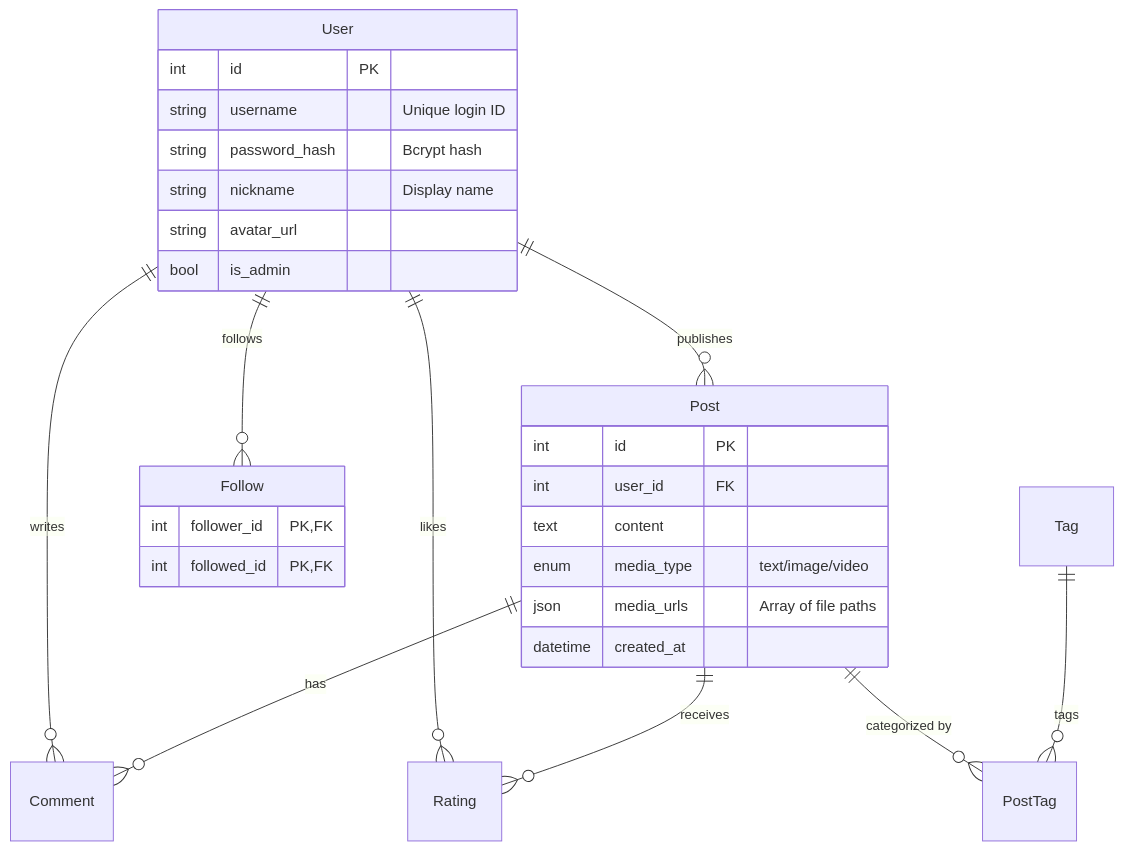
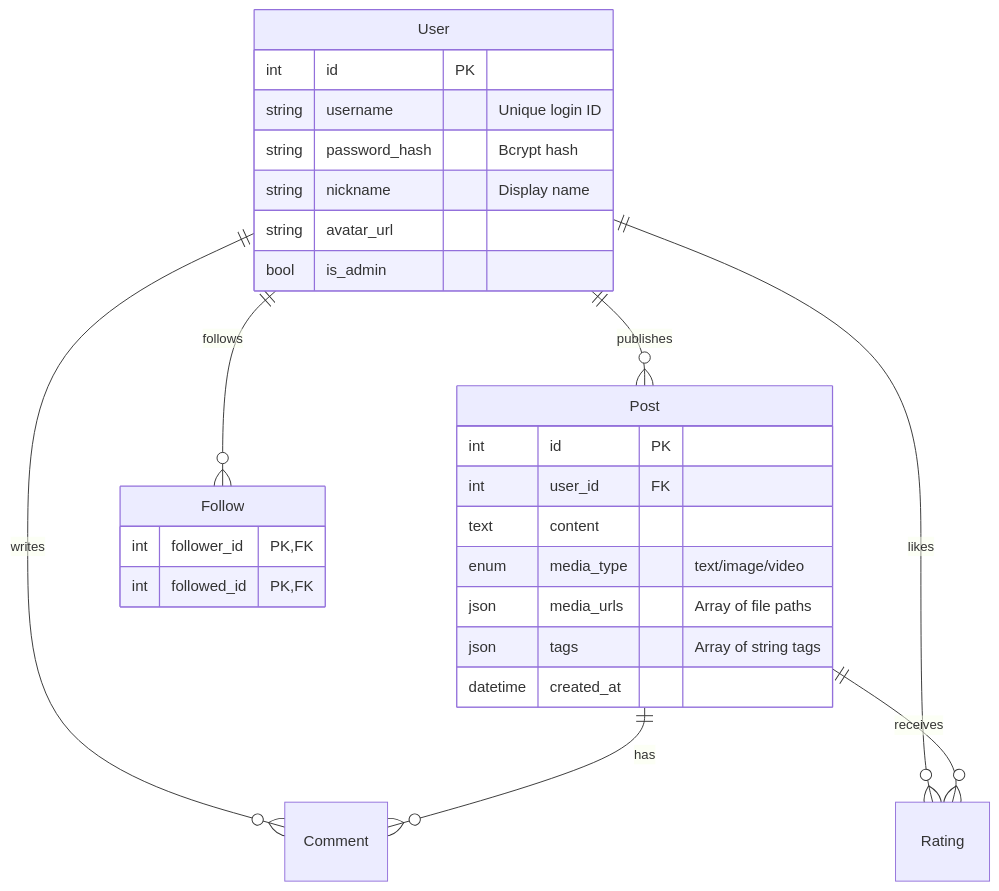
Before and after one commit to qinlu000/se-final: the second of 5 diagrams in docs/ARCHITECTURE.md, drawn with Mermaid. The commit also changed other lines of this file and 4 other files, not shown here.

Commit message:
docs: Update technical reports and architecture for rich media (video) and tagging features, and admin dashboard real data integration.

````diff
--- a/docs/ARCHITECTURE.md
+++ b/docs/ARCHITECTURE.md
@@ -111,35 +111,34 @@
 ```mermaid
 erDiagram
     User ||--o{ Post : "publishes"
     User ||--o{ Comment : "writes"
     User ||--o{ Rating : "likes"
     User ||--o{ Follow : "follows"
     
     Post ||--o{ Comment : "has"
     Post ||--o{ Rating : "receives"
-    Post ||--o{ PostTag : "categorized by"
-    Tag ||--o{ PostTag : "tags"
 
     User {
         int id PK
         string username "Unique login ID"
         string password_hash "Bcrypt hash"
         string nickname "Display name"
         string avatar_url
         bool is_admin
     }
 
     Post {
         int id PK
         int user_id FK
         text content
         enum media_type "text/image/video"
         json media_urls "Array of file paths"
+        json tags "Array of string tags"
         datetime created_at
     }
 
     Follow {
         int follower_id PK,FK
         int followed_id PK,FK
     }
 ```
````
